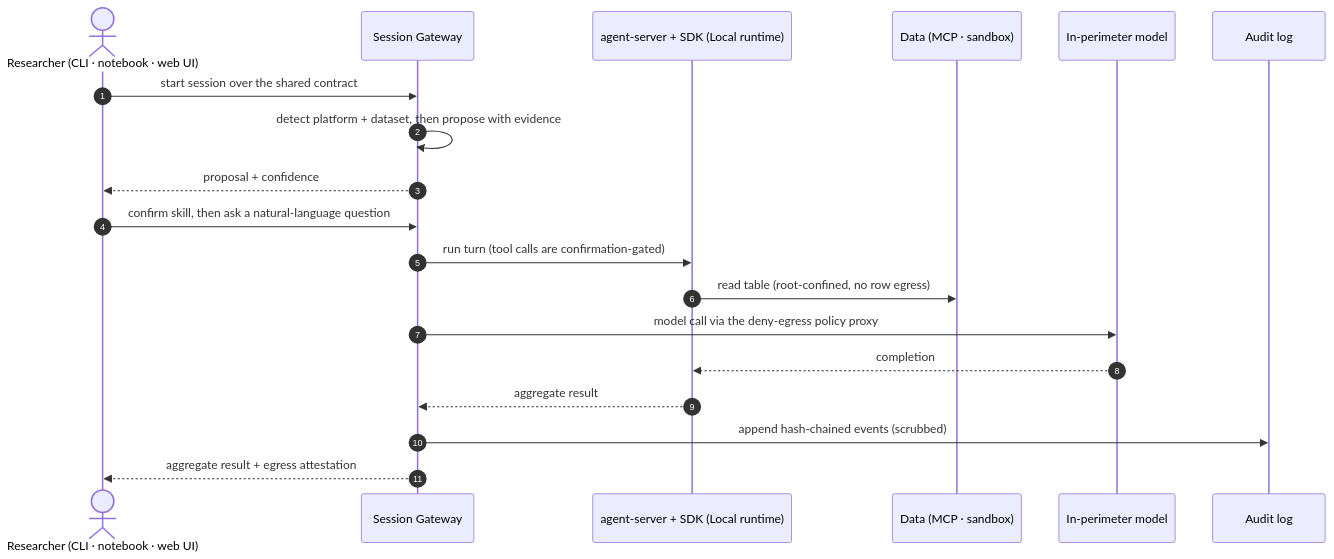
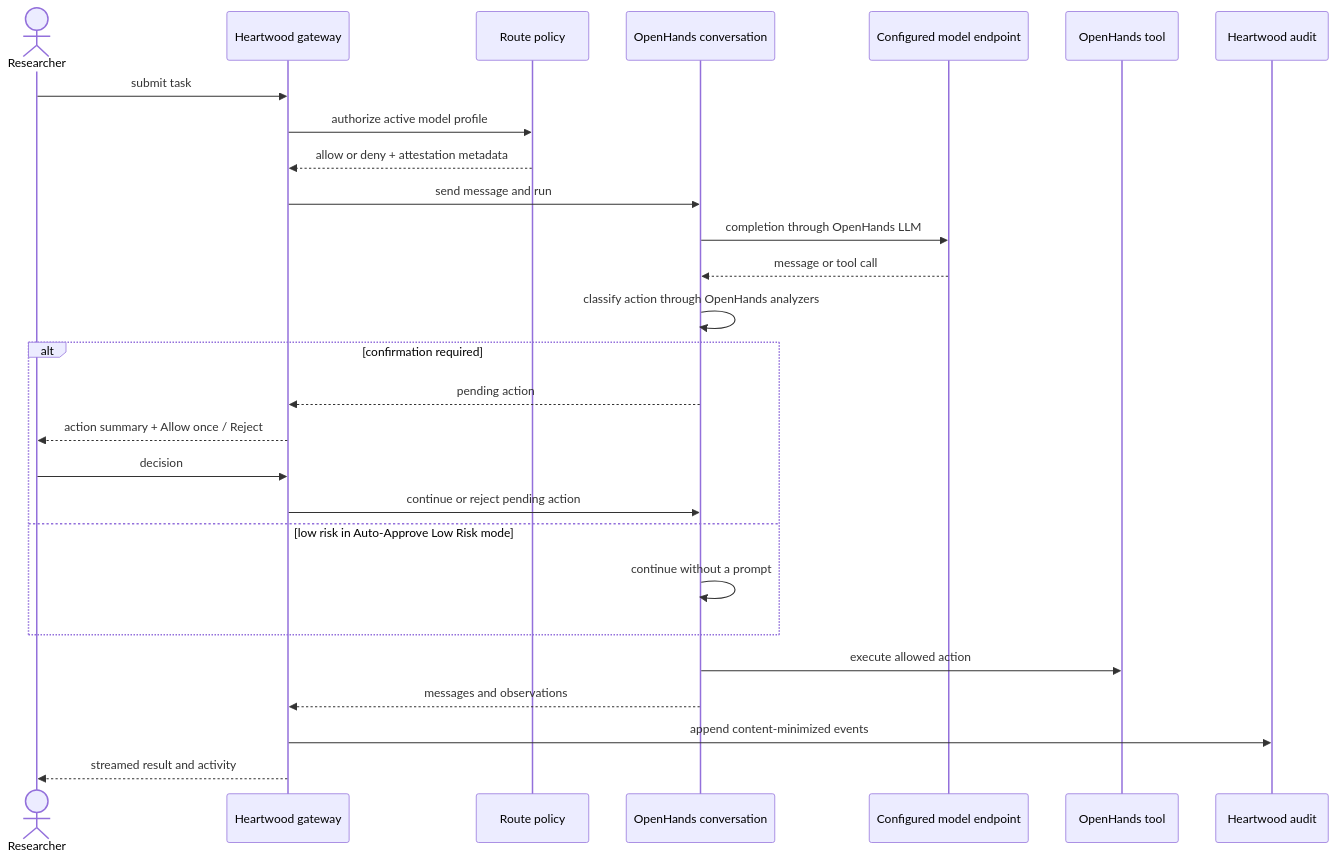
The second of 2 diagrams in design/03-architecture.md (SchmiedmayerLab/heartwood), drawn with Mermaid before and after one commit. The commit also changed other lines of this file and 131 other files, not shown here.

First line of the commit message:
Simplify And Harden The Heartwood Runtime (#20)

````diff
--- a/design/03-architecture.md
+++ b/design/03-architecture.md
@@ -102,21 +148,30 @@
 ```mermaid
 sequenceDiagram
-    autonumber
-    actor R as Researcher (CLI · notebook · web UI)
-    participant GW as Session Gateway
-    participant AG as agent-server + SDK (Local runtime)
-    participant DATA as Data (MCP · sandbox)
-    participant LLM as In-perimeter model
-    participant LOG as Audit log
-    R->>GW: start session over the shared contract
-    GW->>GW: detect platform + dataset, then propose with evidence
-    GW-->>R: proposal + confidence
-    R->>GW: confirm skill, then ask a natural-language question
-    GW->>AG: run turn (tool calls are confirmation-gated)
-    AG->>DATA: read table (root-confined, no row egress)
-    GW->>LLM: model call via the deny-egress policy proxy
-    LLM-->>AG: completion
-    AG-->>GW: aggregate result
-    GW->>LOG: append hash-chained events (scrubbed)
-    GW-->>R: aggregate result + egress attestation
+    actor R as Researcher
+    participant GW as Heartwood gateway
+    participant P as Route policy
+    participant OH as OpenHands conversation
+    participant M as Configured model endpoint
+    participant T as OpenHands tool
+    participant A as Heartwood audit
+
+    R->>GW: submit task
+    GW->>P: authorize active model profile
+    P-->>GW: allow or deny + attestation metadata
+    GW->>OH: send message and run
+    OH->>M: completion through OpenHands LLM
+    M-->>OH: message or tool call
+    OH->>OH: classify action through OpenHands analyzers
+    alt confirmation required
+        OH-->>GW: pending action
+        GW-->>R: action summary + Allow once / Reject
+        R->>GW: decision
+        GW->>OH: continue or reject pending action
+    else low risk in Auto-Approve Low Risk mode
+        OH->>OH: continue without a prompt
+    end
+    OH->>T: execute allowed action
+    OH-->>GW: messages and observations
+    GW->>A: append content-minimized events
+    GW-->>R: streamed result and activity
 ```
````
